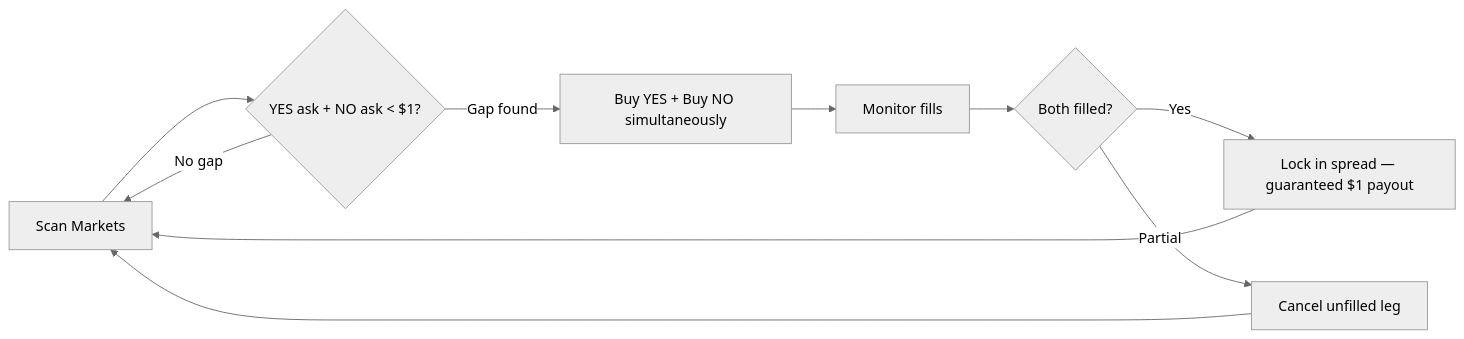
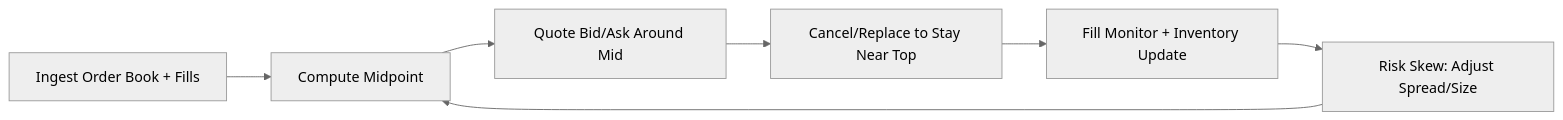
Before and after one commit to stackedlol/yuga: the first of 2 diagrams in README.md, drawn with Mermaid (neutral theme). The commit also changed other lines of this file, not shown here.

````diff
--- a/README.md
+++ b/README.md
@@ -54,12 +49,9 @@
 ```mermaid
 graph LR
-    A[Scan Markets] --> B{YES ask + NO ask < $1?}
-    B -->|Gap found| C[Buy YES + Buy NO simultaneously]
-    C --> D[Monitor fills]
-    D --> E{Both filled?}
-    E -->|Yes| F[Lock in spread — guaranteed $1 payout]
-    E -->|Partial| G[Cancel unfilled leg]
-    G --> A
-    F --> A
-    B -->|No gap| A
+    A[Ingest Order Book + Fills] --> B[Compute Midpoint]
+    B --> C[Quote Bid/Ask Around Mid]
+    C --> D[Cancel/Replace to Stay Near Top]
+    D --> E[Fill Monitor + Inventory Update]
+    E --> F[Risk Skew: Adjust Spread/Size]
+    F --> B
 ```
````
